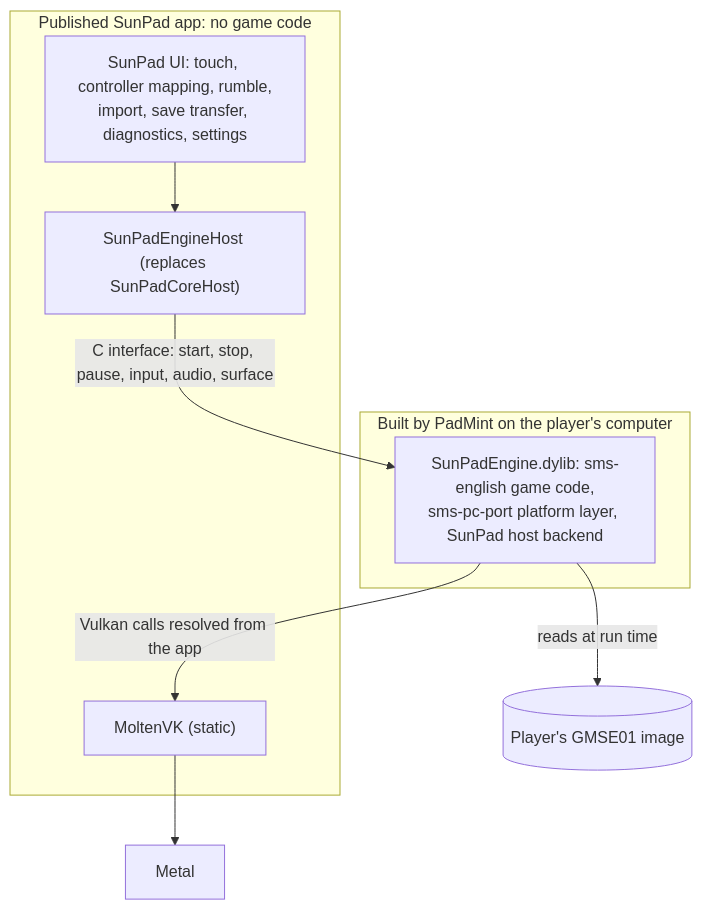
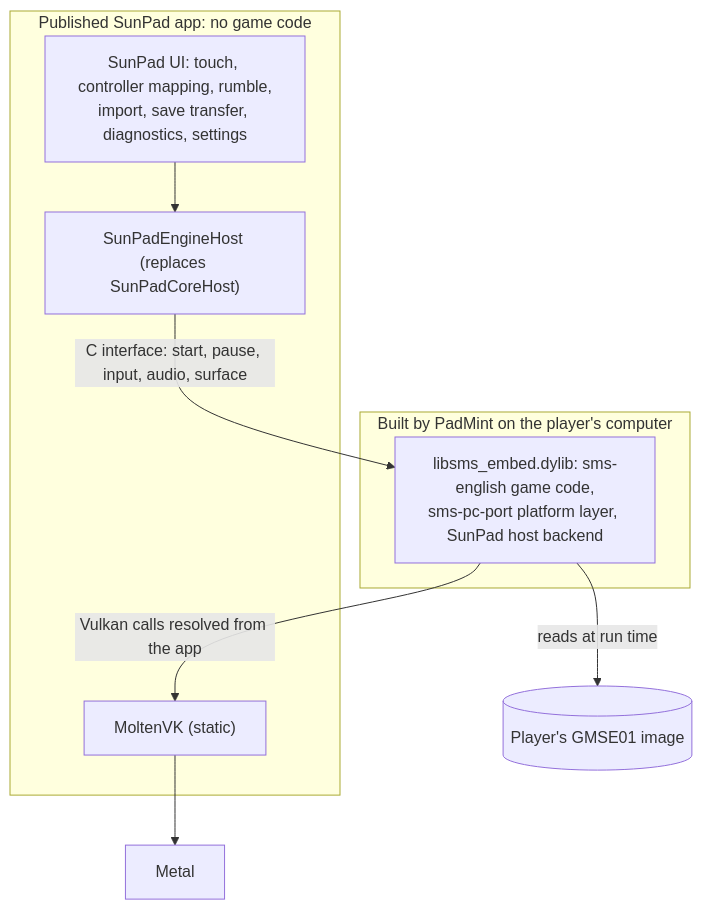
One commit to chrissotraidis/sunpad changed the diagram in docs/DECOMP-ENGINE-PLAN.md. Above: the diagram before and after it, drawn with Mermaid. The commit also changed other lines of this file and 18 other files, not shown here.

First line of the commit message:
Start the decompilation engine: fork pin, embedding tools and rules

````diff
--- a/docs/DECOMP-ENGINE-PLAN.md
+++ b/docs/DECOMP-ENGINE-PLAN.md
@@ -97,17 +98,17 @@
 ```mermaid
 flowchart TB
   subgraph Published["Published SunPad app: no game code"]
     UI["SunPad UI: touch, controller mapping, rumble,<br/>import, save transfer, diagnostics, settings"]
     Host["SunPadEngineHost (replaces SunPadCoreHost)"]
     MVK["MoltenVK (static)"]
   end
   subgraph Personal["Built by PadMint on the player's computer"]
-    Engine["SunPadEngine.dylib: sms-english game code,<br/>sms-pc-port platform layer, SunPad host backend"]
+    Engine["libsms_embed.dylib: sms-english game code,<br/>sms-pc-port platform layer, SunPad host backend"]
   end
   Disc[("Player's GMSE01 image")]
   UI --> Host
-  Host -- "C interface: start, stop, pause, input, audio, surface" --> Engine
+  Host -- "C interface: start, pause, input, audio, surface" --> Engine
   Engine -- "Vulkan calls resolved from the app" --> MVK
   MVK --> Metal["Metal"]
   Engine -- "reads at run time" --> Disc
 ```
````
